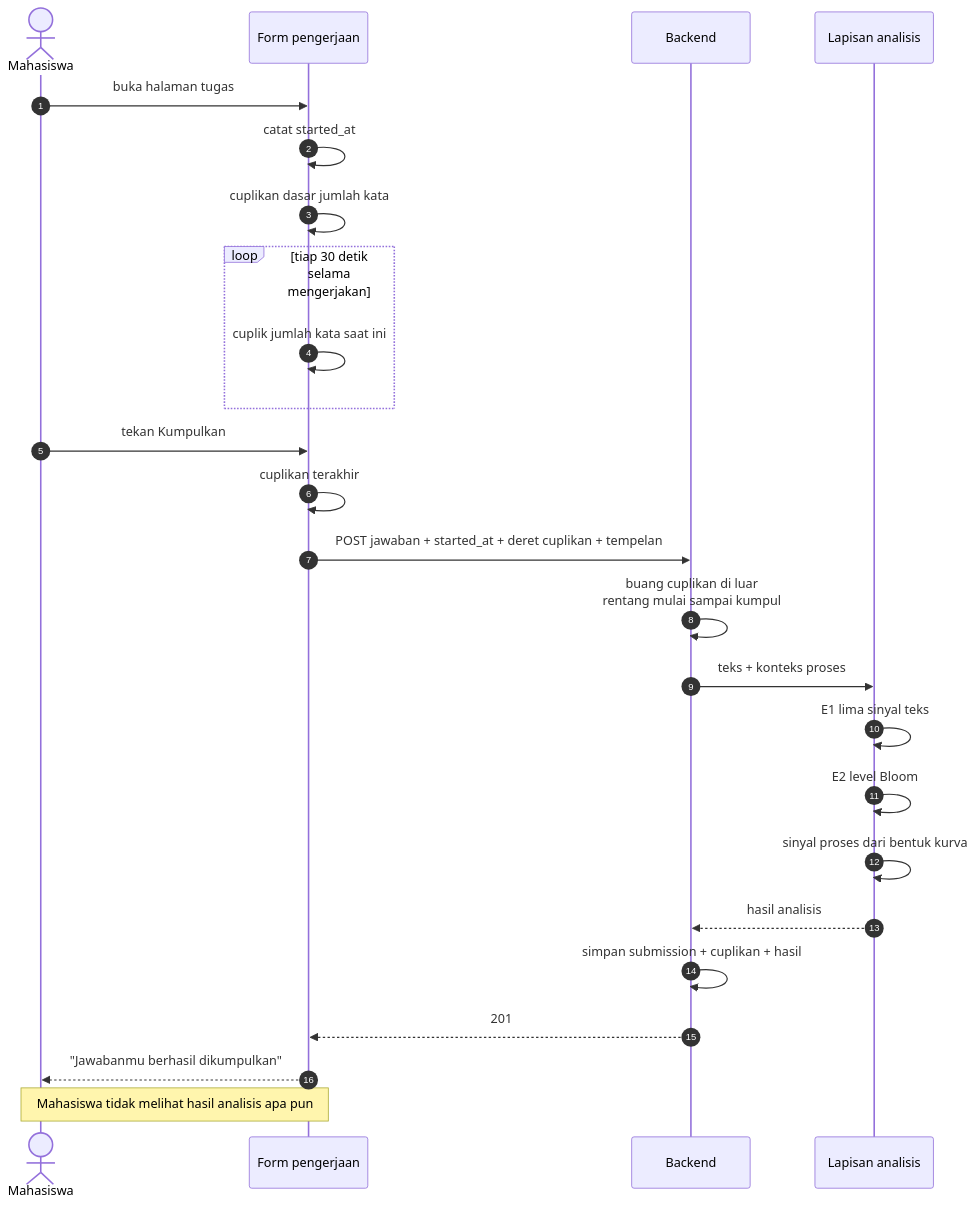
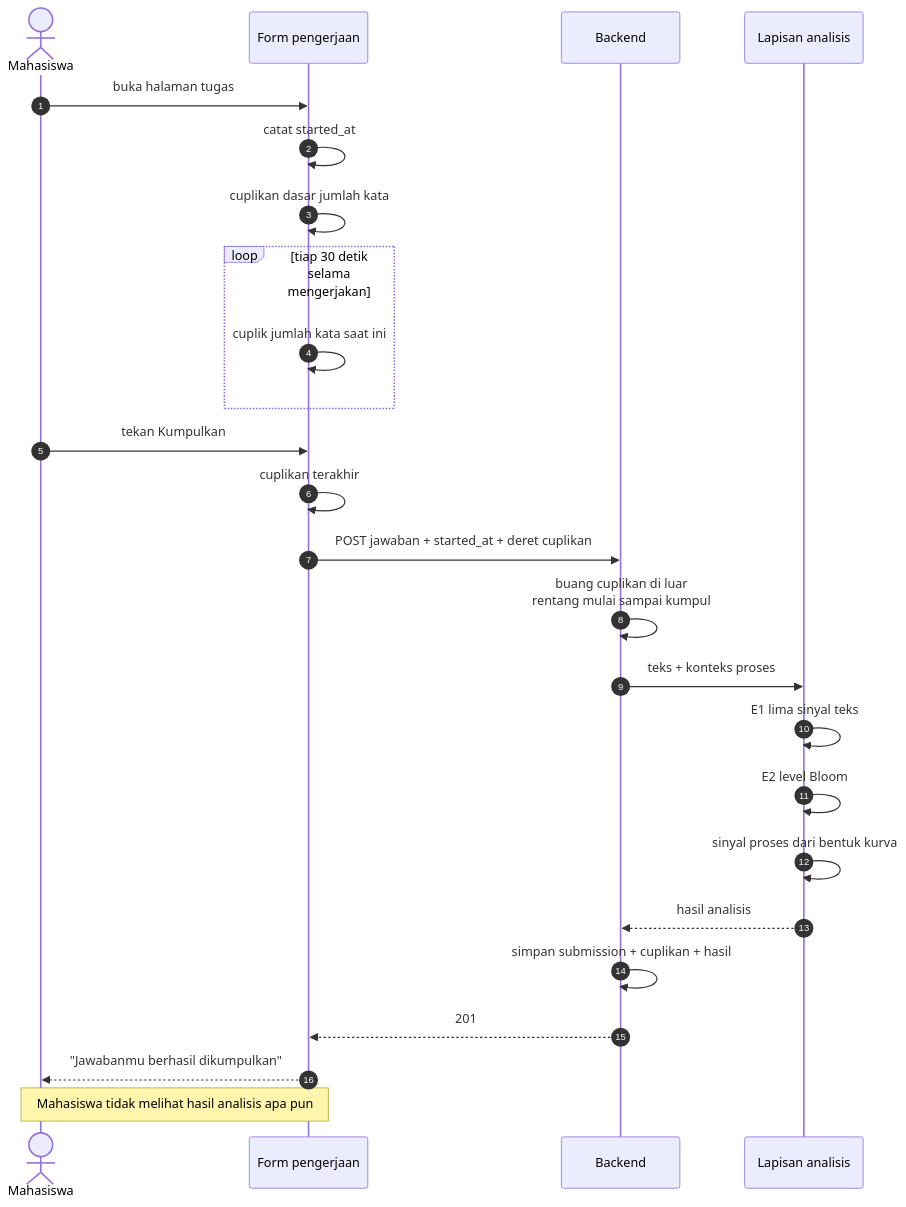
The third of 5 diagrams in diagram/03-alur-mahasiswa.md (FadhRach/ThinkPath), drawn with Mermaid before and after one commit. The commit also changed other lines of this file and 16 other files, not shown here.

````diff
--- a/diagram/03-alur-mahasiswa.md
+++ b/diagram/03-alur-mahasiswa.md
@@ -79,32 +79,32 @@
 ```mermaid
 sequenceDiagram
     autonumber
     actor MH as Mahasiswa
     participant F as Form pengerjaan
     participant API as Backend
     participant AN as Lapisan analisis
 
     MH->>F: buka halaman tugas
     F->>F: catat started_at
     F->>F: cuplikan dasar jumlah kata
 
     loop tiap 30 detik selama mengerjakan
         F->>F: cuplik jumlah kata saat ini
     end
 
     MH->>F: tekan Kumpulkan
     F->>F: cuplikan terakhir
-    F->>API: POST jawaban + started_at + deret cuplikan + tempelan
+    F->>API: POST jawaban + started_at + deret cuplikan
 
     API->>API: buang cuplikan di luar<br/>rentang mulai sampai kumpul
     API->>AN: teks + konteks proses
     AN->>AN: E1 lima sinyal teks
     AN->>AN: E2 level Bloom
     AN->>AN: sinyal proses dari bentuk kurva
     AN-->>API: hasil analisis
     API->>API: simpan submission + cuplikan + hasil
     API-->>F: 201
     F-->>MH: "Jawabanmu berhasil dikumpulkan"
 
     Note over MH,F: Mahasiswa tidak melihat hasil analisis apa pun
 ```
````
